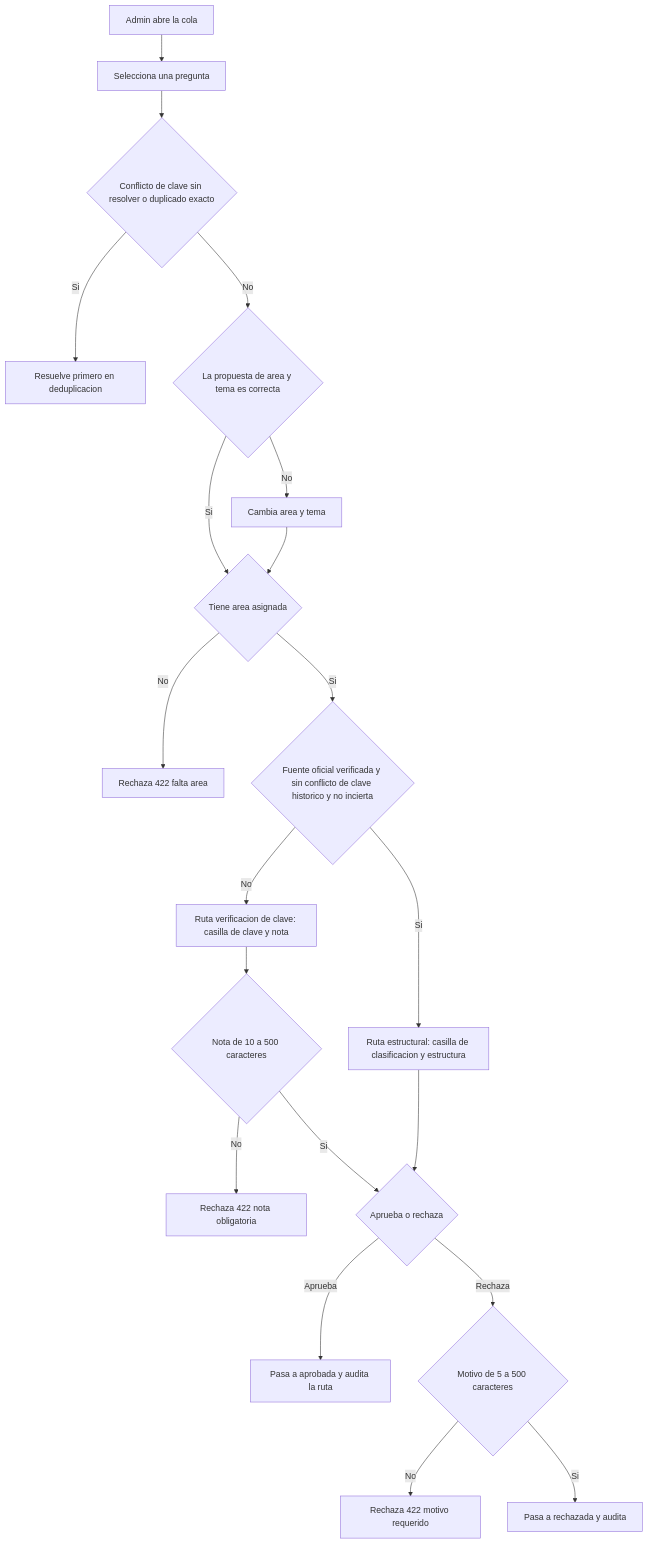
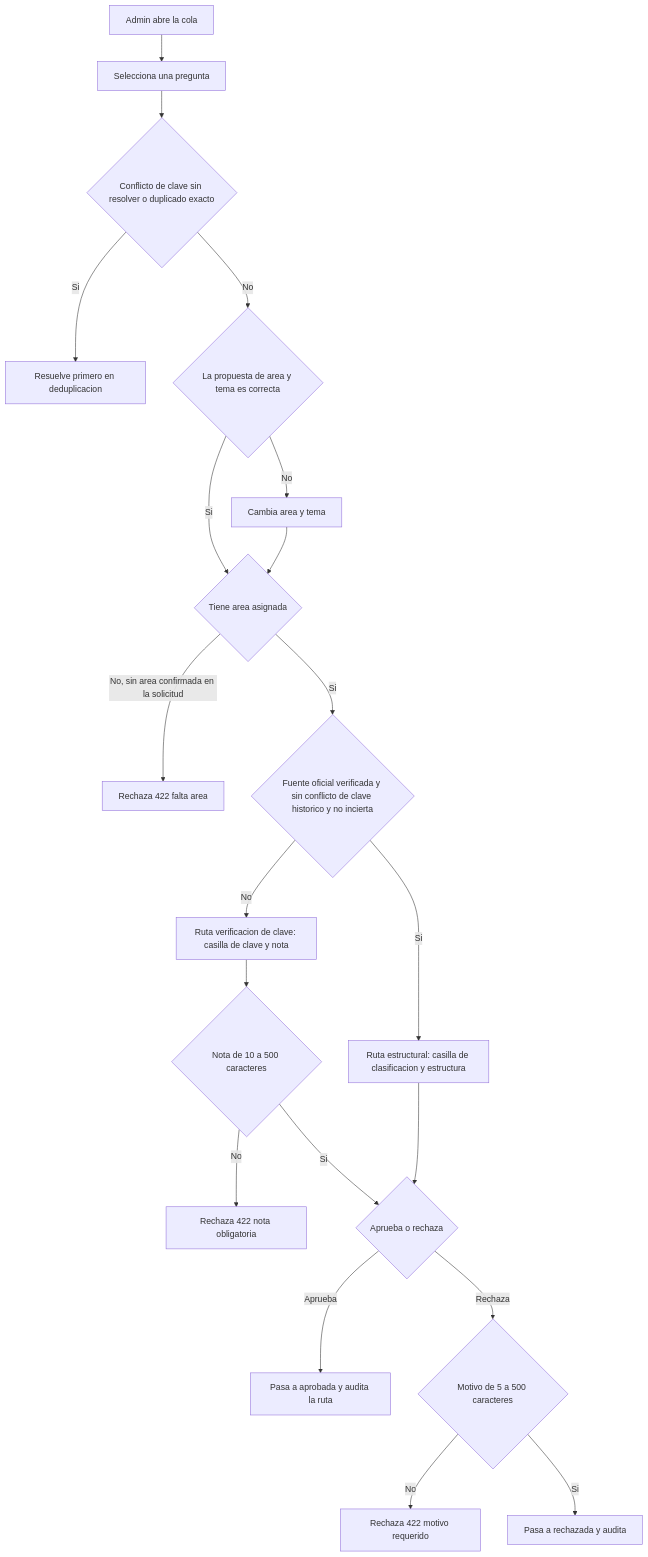
The diagram in docs/stories/serums-ia/E3-05-revision-clasificacion.md (bacsystem/learning), drawn with Mermaid before and after one commit. The commit also changed other lines of this file and 9 other files, not shown here.

````diff
--- a/docs/stories/serums-ia/E3-05-revision-clasificacion.md
+++ b/docs/stories/serums-ia/E3-05-revision-clasificacion.md
@@ -35,22 +35,22 @@
 ```mermaid
 flowchart TD
   A[Admin abre la cola] --> B[Selecciona una pregunta]
   B --> C{Conflicto de clave sin resolver o duplicado exacto}
   C -- Si --> D[Resuelve primero en deduplicacion]
   C -- No --> E{La propuesta de area y tema es correcta}
   E -- No --> G[Cambia area y tema]
   E -- Si --> F{Tiene area asignada}
   G --> F
-  F -- No --> X1[Rechaza 422 falta area]
+  F -- No, sin area confirmada en la solicitud --> X1[Rechaza 422 falta area]
   F -- Si --> R{Fuente oficial verificada y sin conflicto de clave historico y no incierta}
   R -- Si --> S[Ruta estructural: casilla de clasificacion y estructura]
   R -- No --> V[Ruta verificacion de clave: casilla de clave y nota]
   V --> N{Nota de 10 a 500 caracteres}
   N -- No --> X3[Rechaza 422 nota obligatoria]
   N -- Si --> H{Aprueba o rechaza}
   S --> H
   H -- Aprueba --> I[Pasa a aprobada y audita la ruta]
   H -- Rechaza --> J{Motivo de 5 a 500 caracteres}
   J -- No --> X2[Rechaza 422 motivo requerido]
   J -- Si --> K[Pasa a rechazada y audita]
 ```
````
